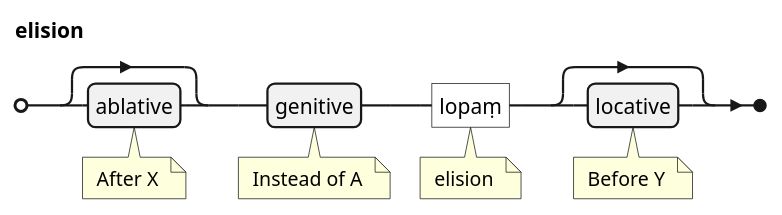
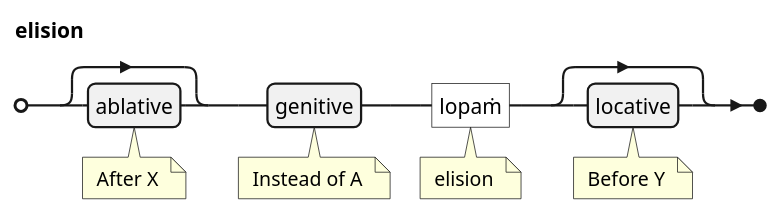
One commit to ChristineTham/buddhavacana changed the ninth of 11 diagrams in src/content/docs/Pali Textbook/m-kaccayana.md. Above: the diagram before and after it, drawn with PlantUML. The commit also changed other lines of this file and 22 other files, not shown here.

````diff
--- a/src/content/docs/Pali Textbook/m-kaccayana.md
+++ b/src/content/docs/Pali Textbook/m-kaccayana.md
@@ -235,9 +235,9 @@
 ```plantuml
 @startebnf
 elision =
   [ablative (* After X *)],
   genitive (* Instead of A *),
-  "lopaṃ" (* elision *),
+  "lopaṁ" (* elision *),
   [locative (* Before Y *)];
 @endebnf
 ```
````
